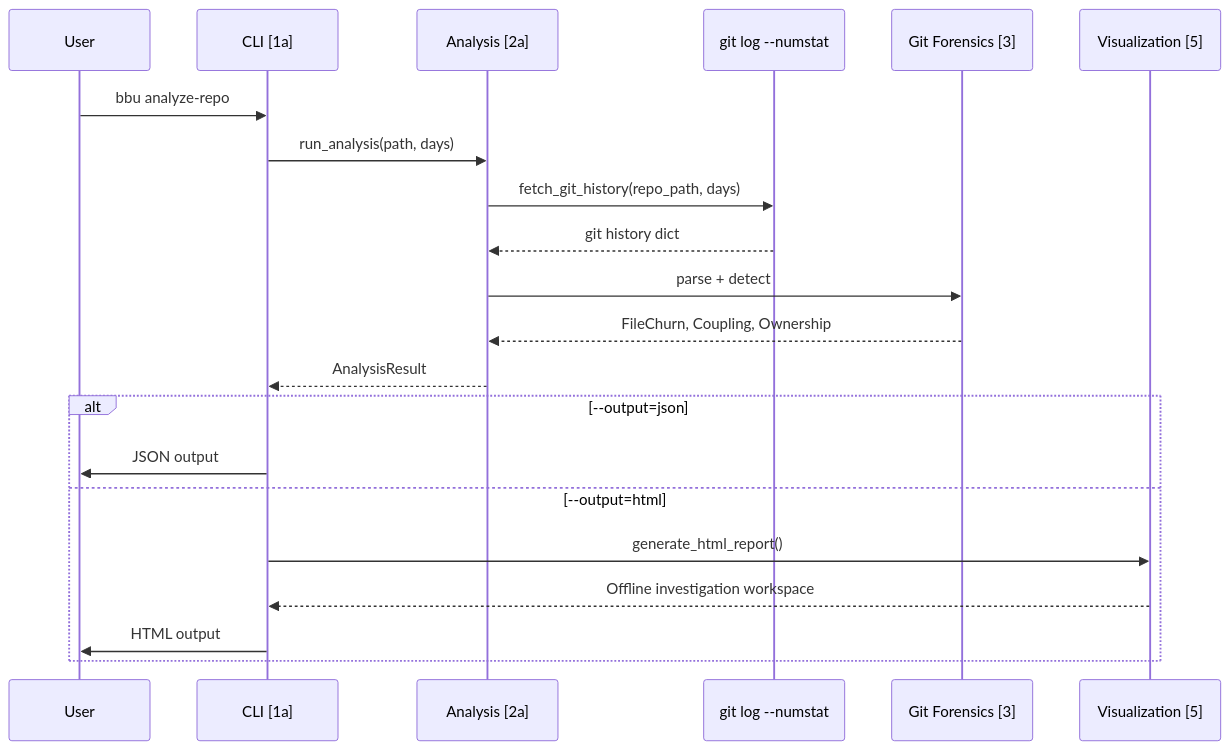
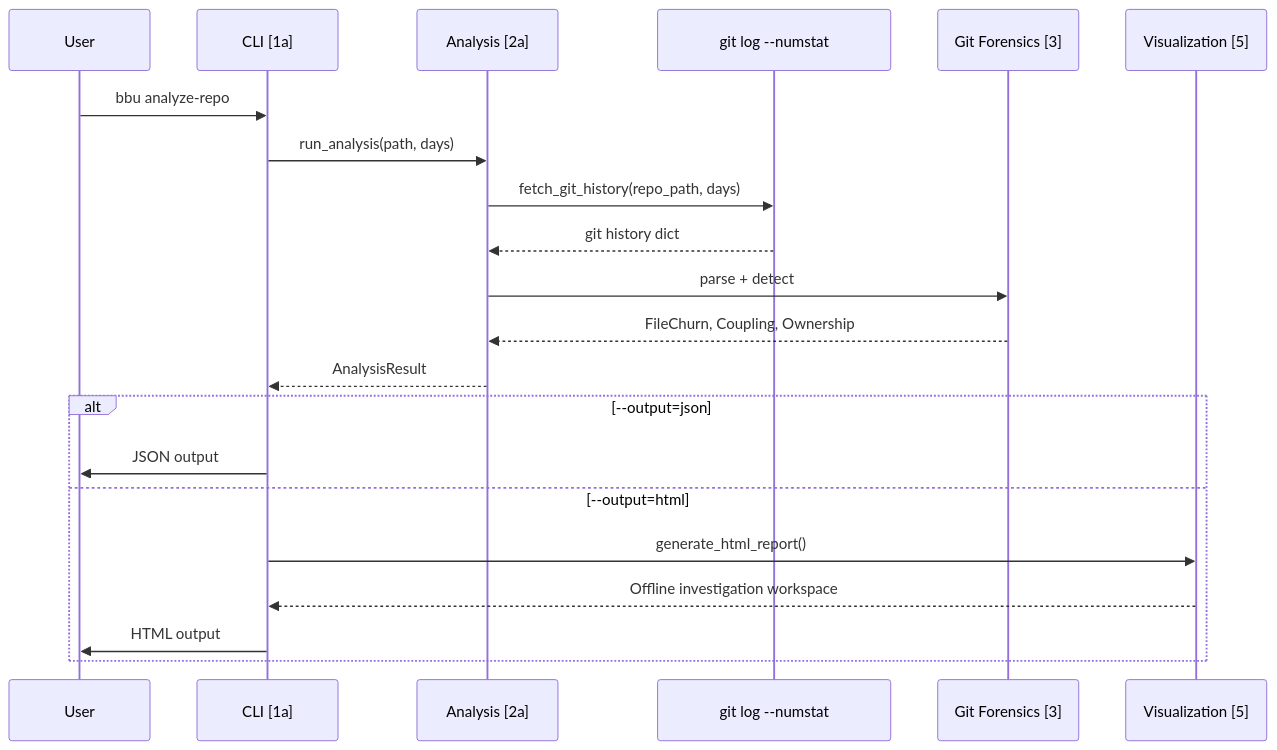
The second of 6 diagrams in docs/CODEMAP.md (michael-denyer/black-box-unlock), drawn with Mermaid before and after one commit. The commit also changed other lines of this file and 3 other files, not shown here.

````diff
--- a/docs/CODEMAP.md
+++ b/docs/CODEMAP.md
@@ -59,24 +59,24 @@
 ```mermaid
 sequenceDiagram
     participant User
     participant CLI as CLI [1a]
     participant Analysis as Analysis [2a]
-    participant Git as git log --numstat
+    participant Git as git log #45;#45;numstat
     participant Forensics as Git Forensics [3]
     participant Viz as Visualization [5]
 
     User->>CLI: bbu analyze-repo
     CLI->>Analysis: run_analysis(path, days)
     Analysis->>Git: fetch_git_history(repo_path, days)
     Git-->>Analysis: git history dict
     Analysis->>Forensics: parse + detect
     Forensics-->>Analysis: FileChurn, Coupling, Ownership
     Analysis-->>CLI: AnalysisResult
     alt --output=json
         CLI->>User: JSON output
     else --output=html
         CLI->>Viz: generate_html_report()
         Viz-->>CLI: Offline investigation workspace
         CLI->>User: HTML output
     end
 ```
````
